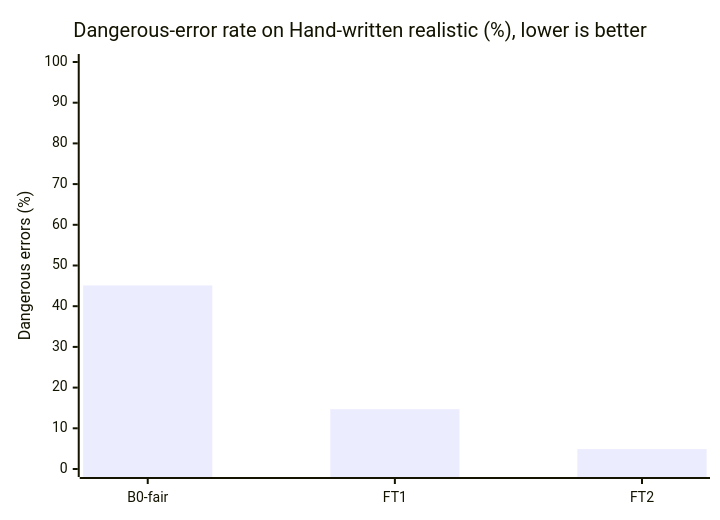
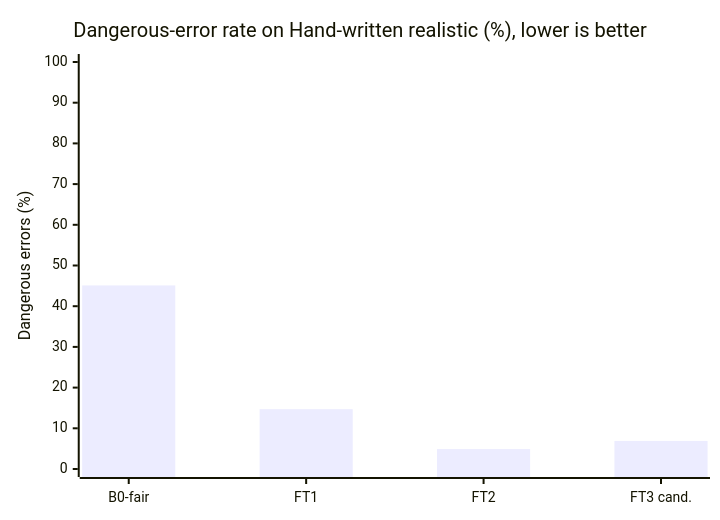
One commit to Vedant817/aaji-pill-clerk changed the second of 4 diagrams in eval/results.md. Above: the diagram before and after it, drawn with Mermaid. The commit also changed other lines of this file and 13 other files, not shown here.

````diff
--- a/eval/results.md
+++ b/eval/results.md
@@ -156,7 +161,7 @@
 ```mermaid
 xychart-beta
     title "Dangerous-error rate on Hand-written realistic (%), lower is better"
-    x-axis ["B0-fair", "FT1", "FT2"]
+    x-axis ["B0-fair", "FT1", "FT2", "FT3 cand."]
     y-axis "Dangerous errors (%)" 0 --> 100
-    bar [45.1, 14.7, 4.9]
+    bar [45.1, 14.7, 4.9, 6.9]
 ```
````
